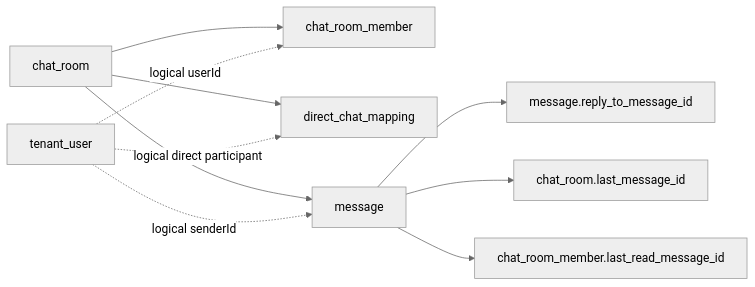
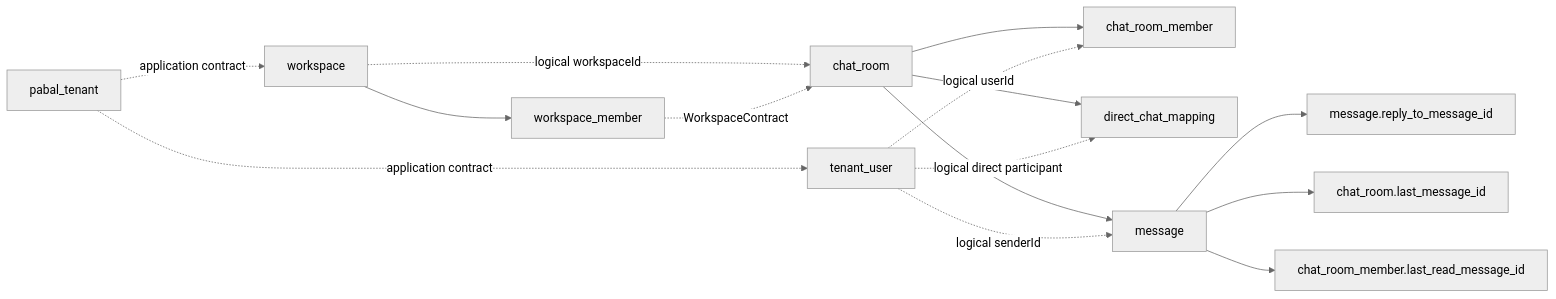
Before and after one commit to woojun-k/pabal: the diagram in docs/architecture/database-schema-and-constraints.md, drawn with Mermaid (neutral theme). The commit also changed other lines of this file and 155 other files, not shown here.

Commit message:
feat(messenger,user,tenant,workspace,web): 유저/테넌트/워크스페이스 모듈 신설, STOMP 및 웹 관심사 디커플링

````diff
--- a/docs/architecture/database-schema-and-constraints.md
+++ b/docs/architecture/database-schema-and-constraints.md
@@ -41,13 +43,19 @@
 ```mermaid
 flowchart LR
+    tenant["pabal_tenant"]
+    workspace["workspace"] --> workspace_member["workspace_member"]
     user["tenant_user"]
     room["chat_room"] --> member["chat_room_member"]
     room --> mapping["direct_chat_mapping"]
     room --> message["message"]
     message --> reply["message.reply_to_message_id"]
     message --> last["chat_room.last_message_id"]
     message --> read["chat_room_member.last_read_message_id"]
+    tenant -. "application contract" .-> user
+    tenant -. "application contract" .-> workspace
+    workspace -. "logical workspaceId" .-> room
+    workspace_member -. "WorkspaceContract" .-> room
     user -. "logical userId" .-> member
     user -. "logical senderId" .-> message
     user -. "logical direct participant" .-> mapping
 ```
````
